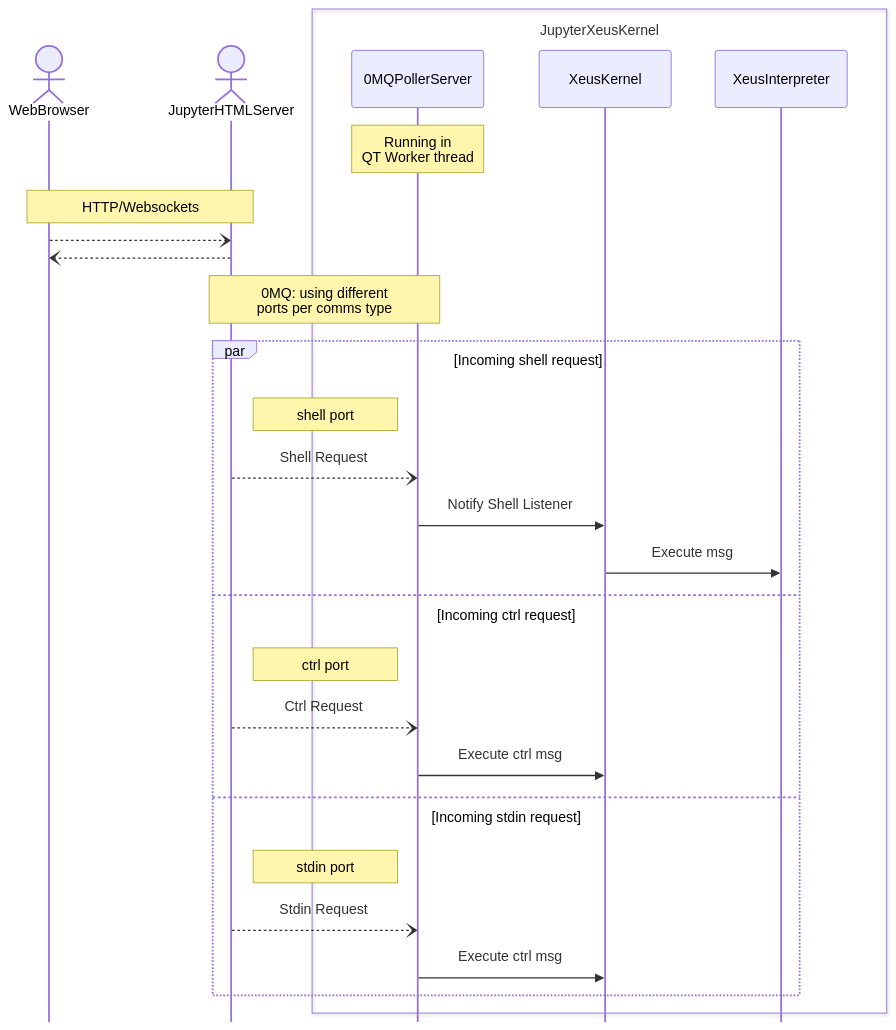
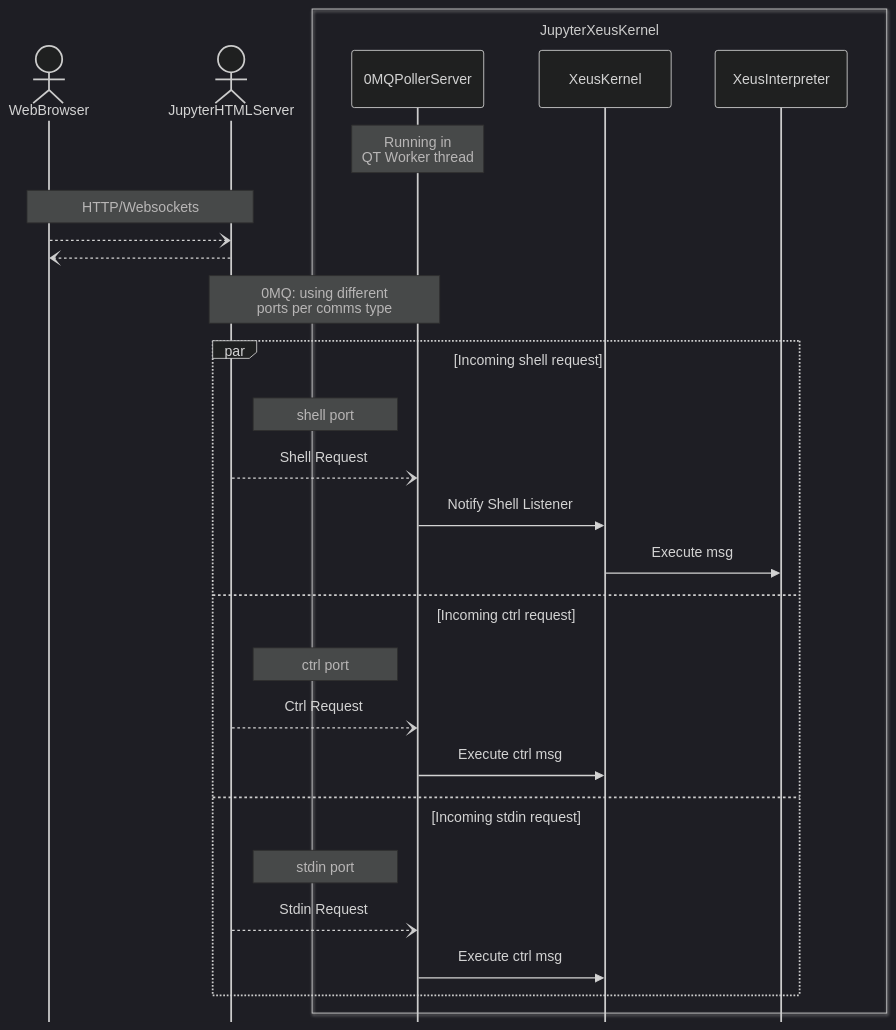
Before and after one commit to ManiVaultStudio/JupyterPlugin: the third of 3 diagrams in README.md, drawn with Mermaid. The commit also changed other lines of this file and 6 other files, not shown here.

````diff
--- a/README.md
+++ b/README.md
@@ -112,40 +113,41 @@
 ```mermaid
+%%{init: {'theme': 'dark' } }%%
 %%{init: {'sequence': {'mirrorActors': false, 'boxMargin': 20 }}}%%
 sequenceDiagram
     %% autonumber
     actor BR as WebBrowser
     actor JHS as JupyterHTMLServer
 
     box transparent JupyterXeusKernel
     participant 0PS as 0MQPollerServer
 
     participant XK as XeusKernel
     participant XI as XeusInterpreter
     end
 
 
     Note over 0PS: Running in <br> QT Worker thread
 
     Note over BR,JHS: HTTP/Websockets
     BR--)JHS: 
     JHS--)BR:  
 
 
     Note over JHS,0PS: 0MQ: using different <br> ports per comms type
 
     par Incoming shell request
         note right of JHS: shell port 
         JHS--)0PS: Shell Request
         0PS->>XK: Notify Shell Listener
         XK->>XI: Execute msg
     and Incoming ctrl request
         note right of JHS: ctrl port 
         JHS--)0PS: Ctrl Request
         0PS->>XK: Execute ctrl msg
     and Incoming stdin request
         note right of JHS: stdin port 
         JHS--)0PS: Stdin Request
         0PS->>XK: Execute ctrl msg
     end
 
 ```
````
